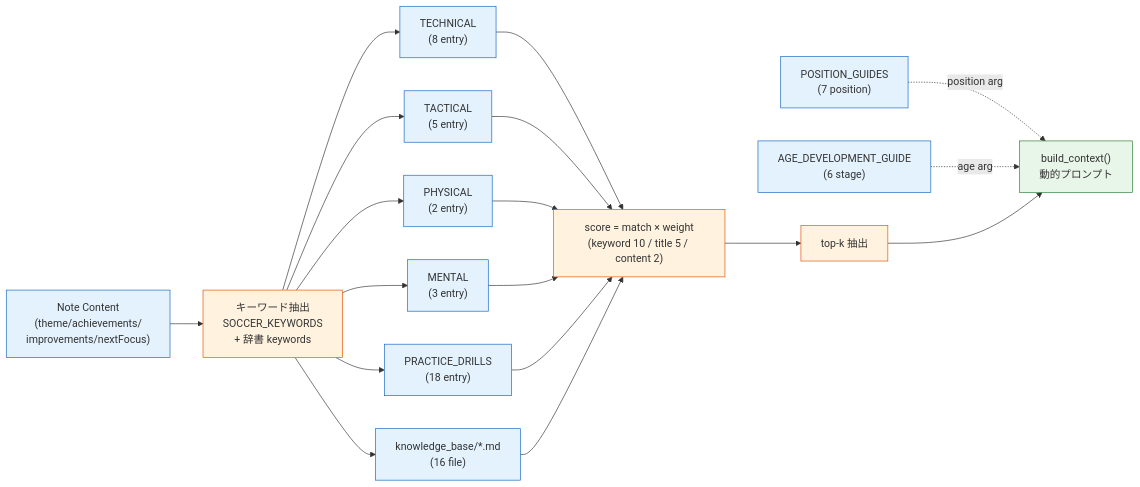
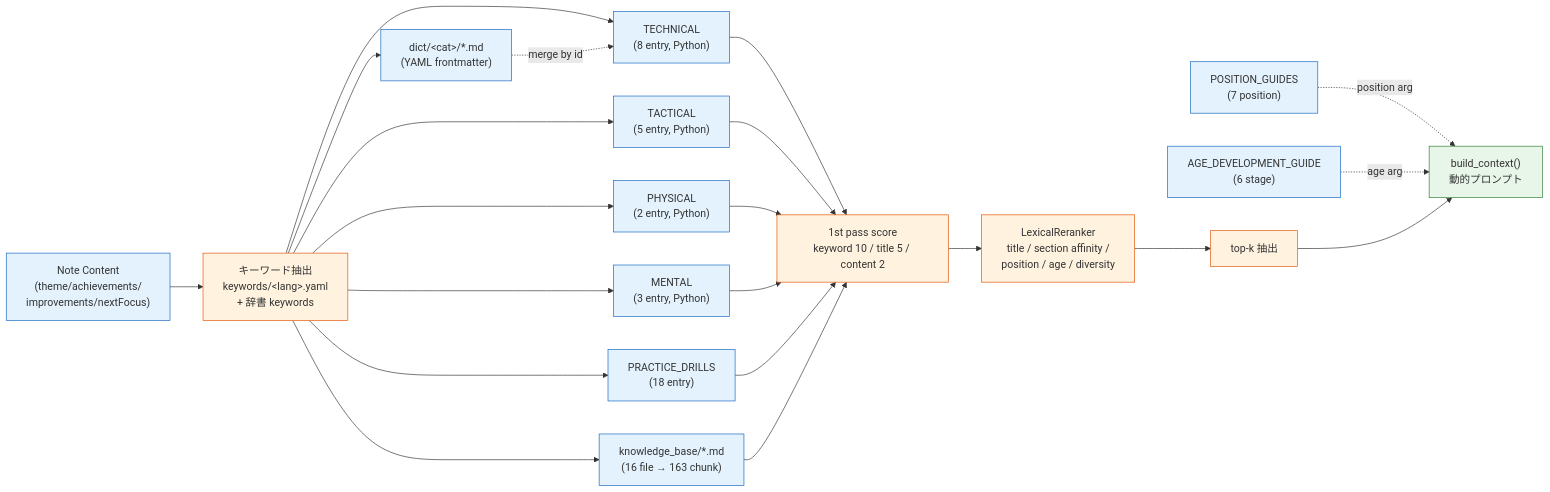
The first of 4 diagrams in articles/rag-without-pgvector.md (SakakitaniJunya/zenn-articles), drawn with Mermaid before and after one commit. The commit also changed other lines of this file, not shown here.

````diff
--- a/articles/rag-without-pgvector.md
+++ b/articles/rag-without-pgvector.md
@@ -67,31 +70,35 @@
 ```mermaid
 flowchart LR
     classDef src fill:#e3f2fd,stroke:#1565c0
     classDef proc fill:#fff3e0,stroke:#e65100
     classDef out fill:#e8f5e9,stroke:#2e7d32
 
     Q["Note Content<br/>(theme/achievements/<br/>improvements/nextFocus)"]:::src
-    KW[キーワード抽出<br/>SOCCER_KEYWORDS<br/>+ 辞書 keywords]:::proc
+    KW["キーワード抽出<br/>keywords/&lt;lang&gt;.yaml<br/>+ 辞書 keywords"]:::proc
 
-    D1["TECHNICAL<br/>(8 entry)"]:::src
-    D2["TACTICAL<br/>(5 entry)"]:::src
-    D3["PHYSICAL<br/>(2 entry)"]:::src
-    D4["MENTAL<br/>(3 entry)"]:::src
+    D1["TECHNICAL<br/>(8 entry, Python)"]:::src
+    D2["TACTICAL<br/>(5 entry, Python)"]:::src
+    D3["PHYSICAL<br/>(2 entry, Python)"]:::src
+    D4["MENTAL<br/>(3 entry, Python)"]:::src
+    DY["dict/&lt;cat&gt;/*.md<br/>(YAML frontmatter)"]:::src
     D5["PRACTICE_DRILLS<br/>(18 entry)"]:::src
     D6["POSITION_GUIDES<br/>(7 position)"]:::src
     D7["AGE_DEVELOPMENT_GUIDE<br/>(6 stage)"]:::src
-    D8["knowledge_base/*.md<br/>(16 file)"]:::src
+    D8["knowledge_base/*.md<br/>(16 file → 163 chunk)"]:::src
 
-    SCORE["score = match × weight<br/>(keyword 10 / title 5 / content 2)"]:::proc
+    SCORE["1st pass score<br/>keyword 10 / title 5 / content 2"]:::proc
+    RR["LexicalReranker<br/>title / section affinity /<br/>position / age / diversity"]:::proc
     TOPK[top-k 抽出]:::proc
 
     PROMPT["build_context()<br/>動的プロンプト"]:::out
 
     Q --> KW
-    KW --> D1 & D2 & D3 & D4 & D5 & D8
+    KW --> D1 & D2 & D3 & D4 & DY & D5 & D8
     D6 -.position arg.-> PROMPT
     D7 -.age arg.-> PROMPT
+    DY -.merge by id.-> D1
     D1 & D2 & D3 & D4 & D5 & D8 --> SCORE
-    SCORE --> TOPK
+    SCORE --> RR
+    RR --> TOPK
     TOPK --> PROMPT
 ```
````
